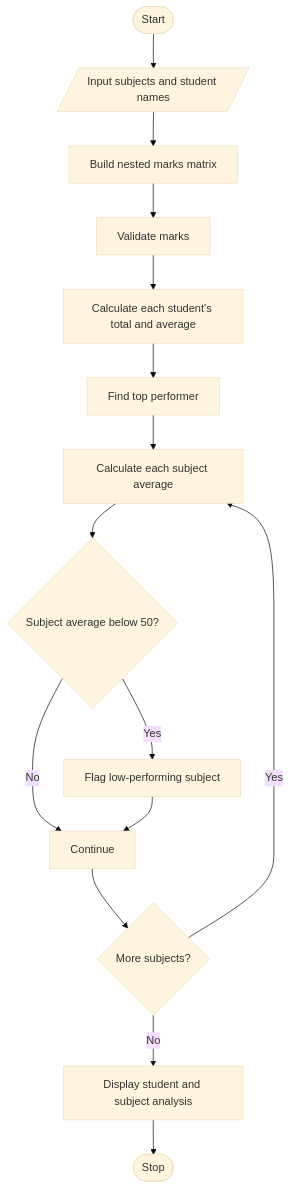
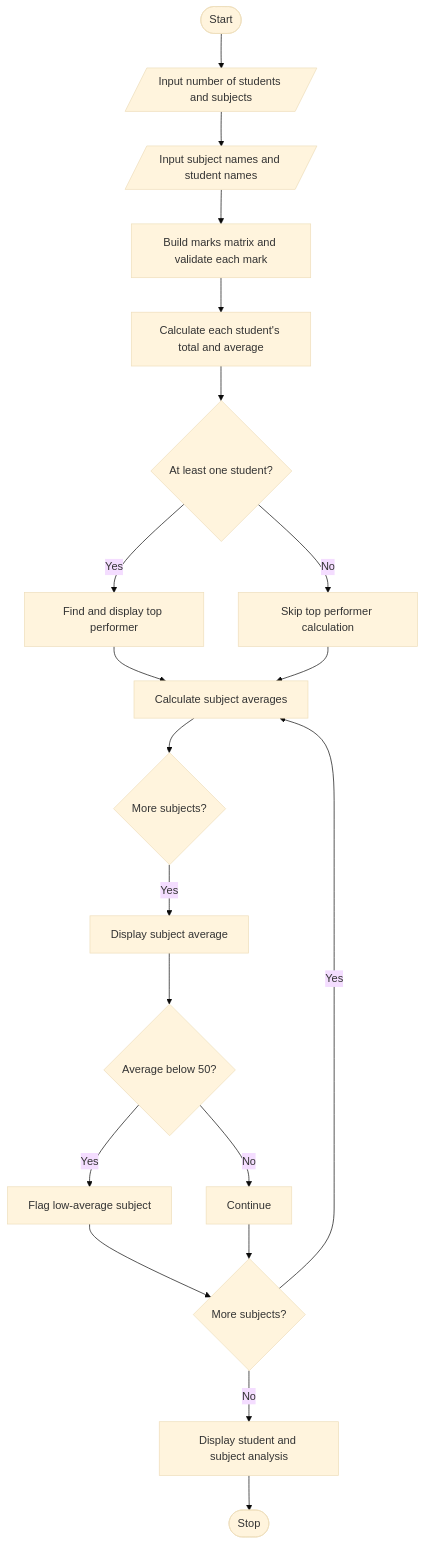
One commit to vinaychundi/PYTHON-ABL changed the diagram in Python-ABL/04_student_marks_matrix_analysis/flowchart.mmd. Above: the diagram before and after it, drawn with Mermaid (base theme). The commit also changed other lines of this file, not shown here.

Commit message:
Correct flowchart logic for 04_student_marks_matrix_analysis

````diff
--- a/Python-ABL/04_student_marks_matrix_analysis/flowchart.mmd
+++ b/Python-ABL/04_student_marks_matrix_analysis/flowchart.mmd
@@ -3,17 +3,22 @@
 ```mermaid
 flowchart TD
- A([Start]) --> B[/Input subjects and student names/]
- B --> C[Build nested marks matrix]
- C --> D[Validate marks]
+ A([Start]) --> B[/Input number of students and subjects/]
+ B --> C[/Input subject names and student names/]
+ C --> D[Build marks matrix and validate each mark]
  D --> E[Calculate each student's total and average]
- E --> F[Find top performer]
- F --> G[Calculate each subject average]
- G --> H{Subject average below 50?}
- H -- Yes --> I[Flag low-performing subject]
- H -- No --> J[Continue]
- I --> J
- J --> K{More subjects?}
- K -- Yes --> G
- K -- No --> L[Display student and subject analysis]
- L --> M([Stop])
+ E --> F{At least one student?}
+ F -- Yes --> G[Find and display top performer]
+ F -- No --> H[Skip top performer calculation]
+ G --> I[Calculate subject averages]
+ H --> I
+ I --> J{More subjects?}
+ J -- Yes --> K[Display subject average]
+ K --> L{Average below 50?}
+ L -- Yes --> M[Flag low-average subject]
+ L -- No --> N[Continue]
+ M --> O{More subjects?}
+ N --> O
+ O -- Yes --> I
+ O -- No --> P[Display student and subject analysis]
+ P --> Q([Stop])
 ```
````
